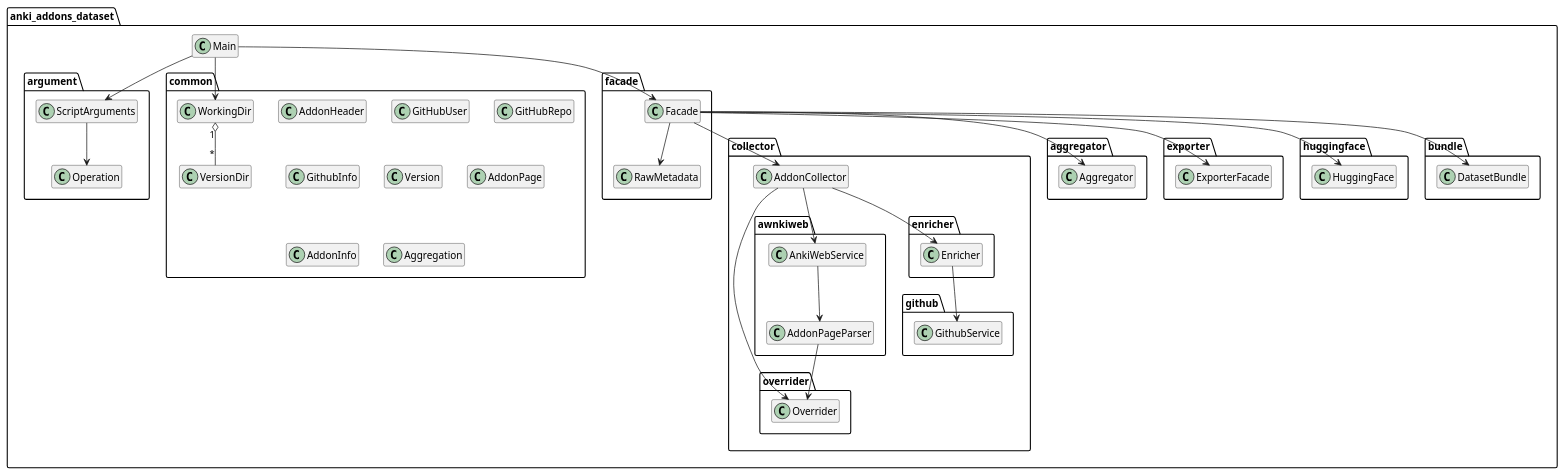
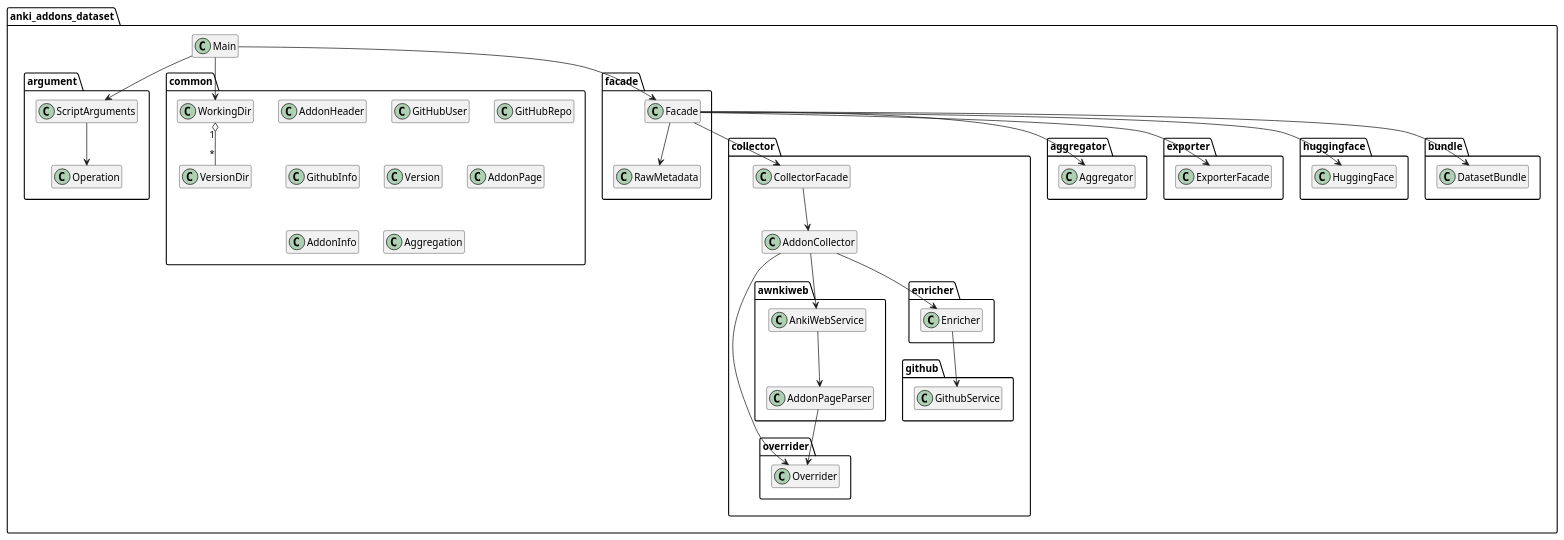
The diagram in doc/uml/class_diagram.puml (Aleks-Ya/anki-addons-dataset), drawn with PlantUML before and after one commit. The commit also changed 4 other files, not shown here.

Commit message:
Update UML diagrams

```diff
--- a/doc/uml/class_diagram.puml
+++ b/doc/uml/class_diagram.puml
@@ -1,75 +1,77 @@
 @startuml
 'https://plantuml.com/class-diagram
 hide empty members
 
 package anki_addons_dataset {
     class Main
     package argument {
         class ScriptArguments
         class Operation
     }
     package common {
         class WorkingDir
         class VersionDir
         class AddonHeader
         class GitHubUser
         class GitHubRepo
         class GithubInfo
         class Version
         class AddonPage
         class AddonInfo
         class Aggregation
     }
     package facade {
         class Facade
         class RawMetadata
     }
     package collector {
+        class CollectorFacade
         class AddonCollector
         package overrider {
             class Overrider
         }
         package awnkiweb {
             class AddonPageParser
             class AnkiWebService
         }
         package github {
             class GithubService
         }
         package enricher {
             class Enricher
         }
     }
     package aggregator {
         class Aggregator
     }
     package exporter {
         class ExporterFacade
     }
     package huggingface {
         class HuggingFace
     }
     package bundle {
         class DatasetBundle
     }
 }
 
 ScriptArguments --> Operation
 Main --> ScriptArguments
 Main --> WorkingDir
 Main --> Facade
 WorkingDir "1" o-- "*" VersionDir
 Facade --> RawMetadata
-Facade --> AddonCollector
+Facade --> CollectorFacade
+CollectorFacade --> AddonCollector
 AddonPageParser --> Overrider
 AnkiWebService --> AddonPageParser
 AddonCollector --> AnkiWebService
 AddonCollector --> Overrider
 Enricher --> GithubService
 AddonCollector --> Enricher
 Facade --> Aggregator
 Facade --> ExporterFacade
 Facade --> HuggingFace
 Facade --> DatasetBundle
 
 @enduml
```
